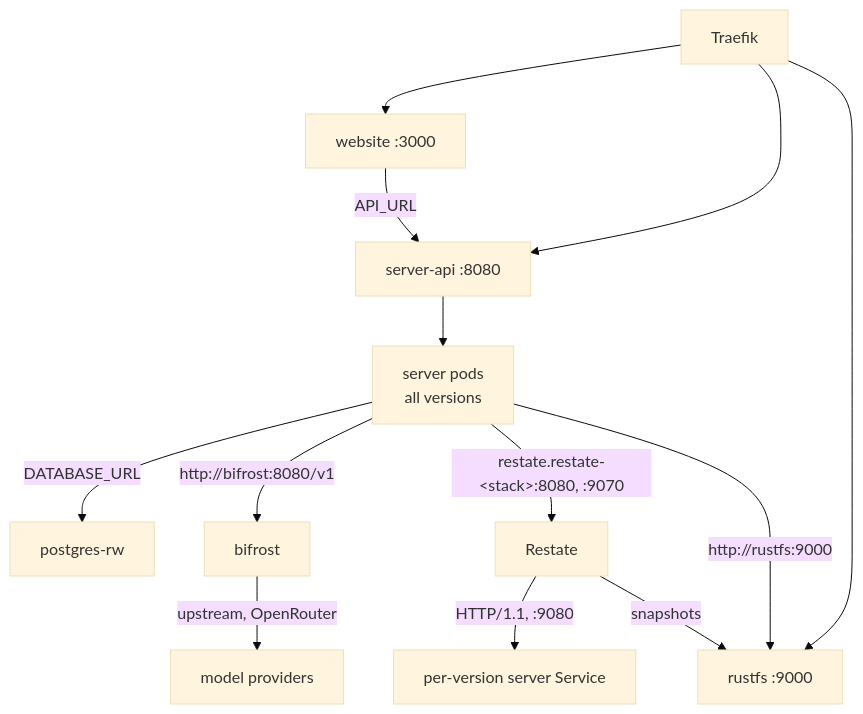
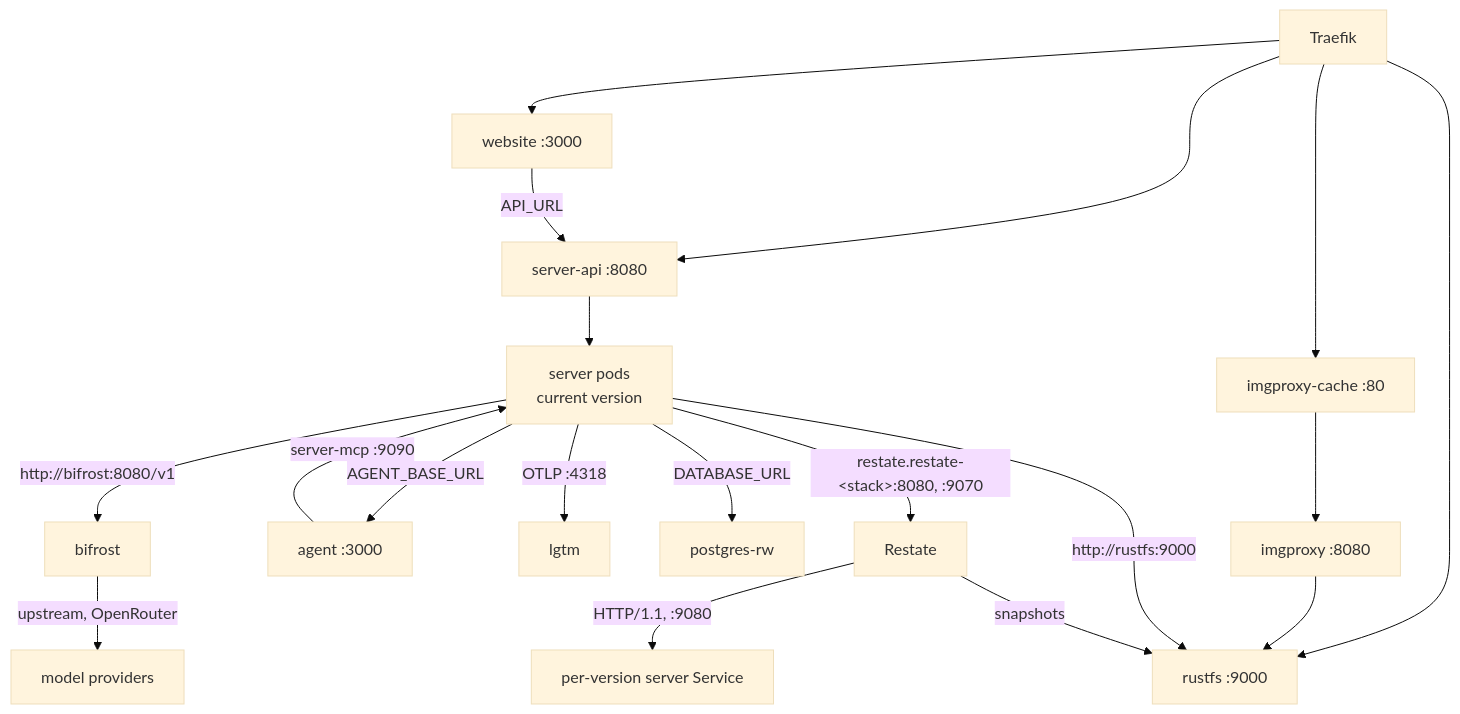
Before and after one commit to shopnexus/docs: the second of 3 diagrams in web/src/content/docs/en/operations/cluster/networking.mdx, drawn with Mermaid (base theme). The commit also changed other lines of this file and 105 other files, not shown here.

````diff
--- a/web/src/content/docs/en/operations/cluster/networking.mdx
+++ b/web/src/content/docs/en/operations/cluster/networking.mdx
@@ -105,15 +112,20 @@
 ```mermaid title="Calls inside a stack"
 flowchart TB
   T["Traefik"] --> W["website :3000"]
   T --> SA["server-api :8080"]
   T --> RF["rustfs :9000"]
+  T --> IC["imgproxy-cache :80"]
+  IC --> IP["imgproxy :8080"] --> RF
   W -->|"API_URL"| SA
-  SA --> S1["server pods<br/>all versions"]
+  SA --> S1["server pods<br/>current version"]
+  AG["agent :3000"] -->|"server-mcp :9090"| S1
+  S1 -->|"AGENT_BASE_URL"| AG
+  S1 -->|"OTLP :4318"| LG["lgtm"]
   S1 -->|"DATABASE_URL"| PG["postgres-rw"]
   S1 -->|"http://rustfs:9000"| RF
   S1 -->|"http://bifrost:8080/v1"| LL["bifrost"]
   LL -->|"upstream, OpenRouter"| EXT["model providers"]
   S1 -->|"restate.restate-#lt;stack#gt;:8080, :9070"| R["Restate"]
   R -->|"HTTP/1.1, :9080"| SV["per-version server Service"]
   R -->|"snapshots"| RF
 ```
````
